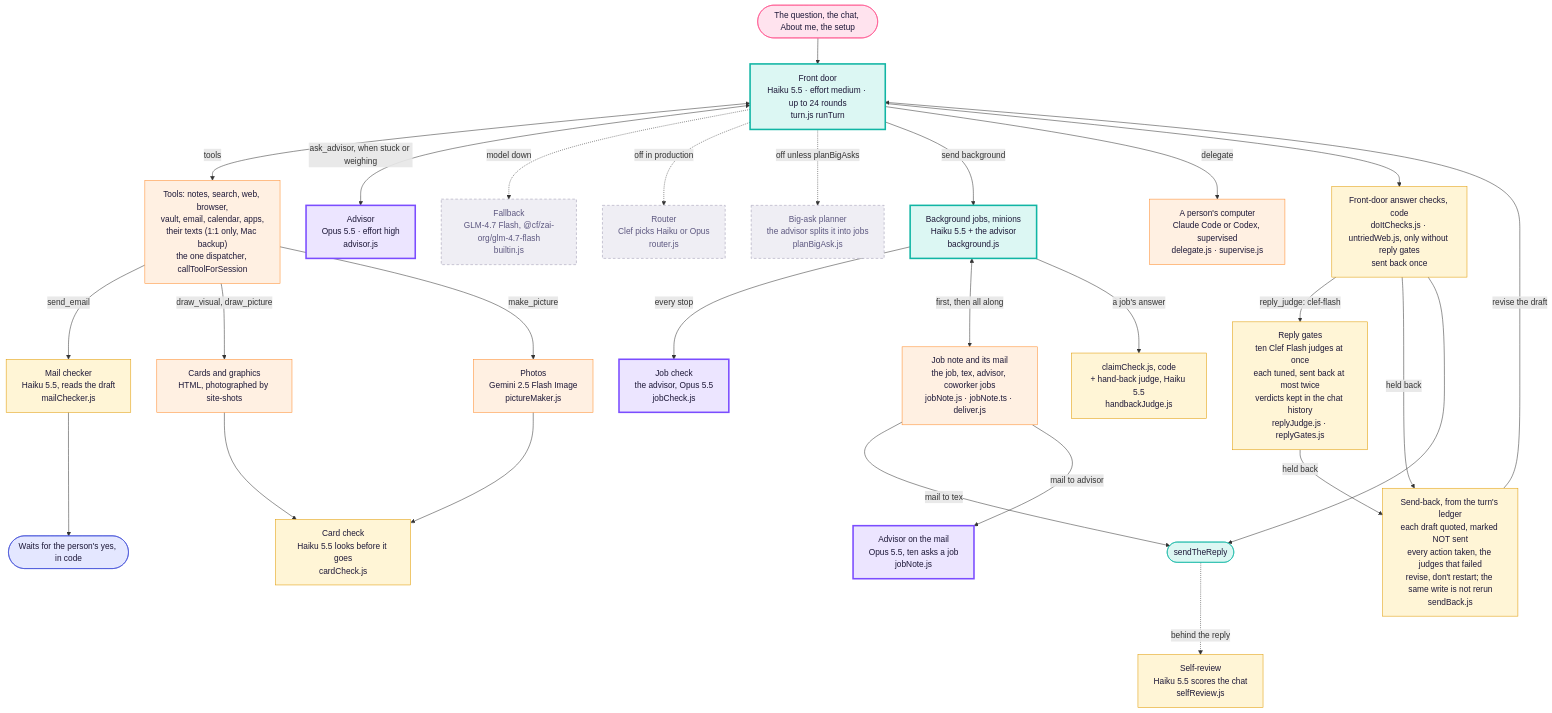
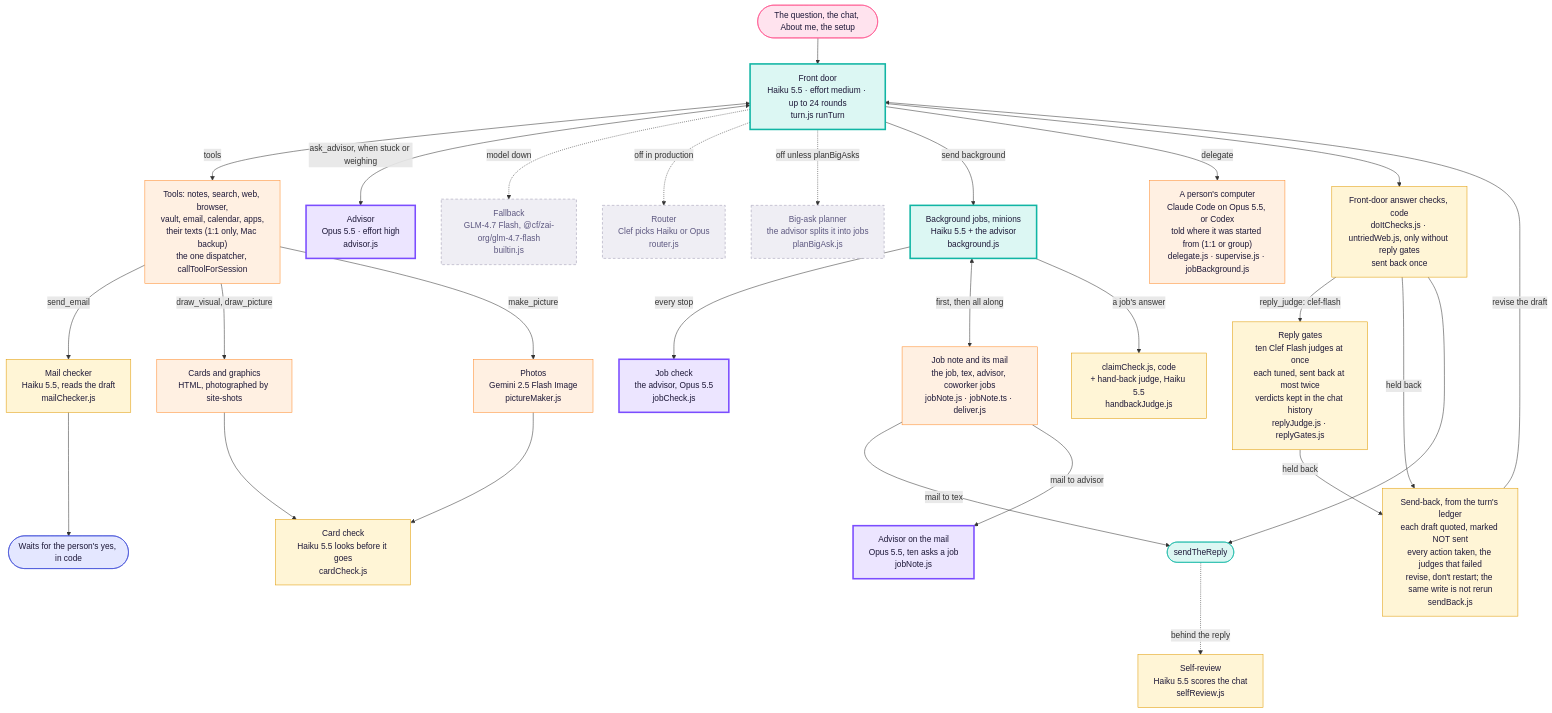
One commit to Supa-Media/context changed the third of 3 diagrams in docs/architecture/tex.md. Above: the diagram before and after it, drawn with Mermaid. The commit also changed other lines of this file and 15 other files, not shown here.

First line of the commit message:
Tex computer jobs: tell the tool where it runs, end a part at its answer, pin Opus 5.5 (runner 0.2.8) (#3059)

````diff
--- a/docs/architecture/tex.md
+++ b/docs/architecture/tex.md
@@ -111,42 +111,42 @@
 ```mermaid
 flowchart TB
   Q([The question, the chat, About me, the setup]):::you --> FD
   FD["Front door<br/>Haiku 5.5 · effort medium · up to 24 rounds<br/>turn.js runTurn"]:::haiku
   FD <-->|tools| T["Tools: notes, search, web, browser,<br/>vault, email, calendar, apps,<br/>their texts (1:1 only, Mac backup)<br/>the one dispatcher, callToolForSession"]:::tool
   FD <-->|ask_advisor, when stuck or weighing| ADV["Advisor<br/>Opus 5.5 · effort high<br/>advisor.js"]:::opus
   FD -. model down .-> FB["Fallback<br/>GLM-4.7 Flash, @cf/zai-org/glm-4.7-flash<br/>builtin.js"]:::off
   FD -. off in production .-> RT["Router<br/>Clef picks Haiku or Opus<br/>router.js"]:::off
   FD -. off unless planBigAsks .-> PL["Big-ask planner<br/>the advisor splits it into jobs<br/>planBigAsk.js"]:::off
 
   FD -->|send background| JOB["Background jobs, minions<br/>Haiku 5.5 + the advisor<br/>background.js"]:::haiku
   JOB -->|every stop| JC["Job check<br/>the advisor, Opus 5.5<br/>jobCheck.js"]:::opus
   JOB <-->|first, then all along| JN["Job note and its mail<br/>the job, tex, advisor, coworker jobs<br/>jobNote.js · jobNote.ts · deliver.js"]:::tool
   JN -->|mail to tex| SEND
   JN -->|mail to advisor| JNA["Advisor on the mail<br/>Opus 5.5, ten asks a job<br/>jobNote.js"]:::opus
   JOB -->|a job's answer| JCK["claimCheck.js, code<br/>+ hand-back judge, Haiku 5.5<br/>handbackJudge.js"]:::judge
-  FD -->|delegate| DL["A person's computer<br/>Claude Code or Codex, supervised<br/>delegate.js · supervise.js"]:::tool
+  FD -->|delegate| DL["A person's computer<br/>Claude Code on Opus 5.5, or Codex<br/>told where it was started from (1:1 or group)<br/>delegate.js · supervise.js · jobBackground.js"]:::tool
 
   T -->|send_email| MC["Mail checker<br/>Haiku 5.5, reads the draft<br/>mailChecker.js"]:::judge
   MC --> YES([Waits for the person's yes, in code]):::rail
   T -->|draw_visual, draw_picture| PIC["Cards and graphics<br/>HTML, photographed by site-shots"]:::tool
   T -->|make_picture| IMG["Photos<br/>Gemini 2.5 Flash Image<br/>pictureMaker.js"]:::tool
   PIC --> CC["Card check<br/>Haiku 5.5 looks before it goes<br/>cardCheck.js"]:::judge
   IMG --> CC
 
   FD --> CHK["Front-door answer checks, code<br/>doItChecks.js · untriedWeb.js, only without reply gates<br/>sent back once"]:::judge
   CHK -->|reply_judge: clef-flash| RJ["Reply gates<br/>ten Clef Flash judges at once<br/>each tuned, sent back at most twice<br/>verdicts kept in the chat history<br/>replyJudge.js · replyGates.js"]:::judge
   CHK -->|held back| SB["Send-back, from the turn's ledger<br/>each draft quoted, marked NOT sent<br/>every action taken, the judges that failed<br/>revise, don't restart; the same write is not rerun<br/>sendBack.js"]:::judge
   RJ -->|held back| SB
   SB -->|revise the draft| FD
   CHK --> SEND([sendTheReply]):::door
   SEND -. behind the reply .-> SR["Self-review<br/>Haiku 5.5 scores the chat<br/>selfReview.js"]:::judge
 
   classDef you fill:#ffe3ee,stroke:#ff4f8b,color:#1d1838
   classDef haiku fill:#dcf7f3,stroke:#11b5a4,stroke-width:3px,color:#1d1838
   classDef opus fill:#ece5ff,stroke:#7b4dff,stroke-width:3px,color:#1d1838
   classDef judge fill:#fff5d6,stroke:#e09a00,color:#1d1838
   classDef tool fill:#fff0e2,stroke:#ff8a2a,color:#1d1838
   classDef rail fill:#e4e7ff,stroke:#3c4bd6,color:#1d1838
   classDef door fill:#dcf7f3,stroke:#11b5a4,color:#1d1838
   classDef off fill:#efeef4,stroke:#9a97b0,stroke-dasharray:5 4,color:#5d5880
 ```
````
